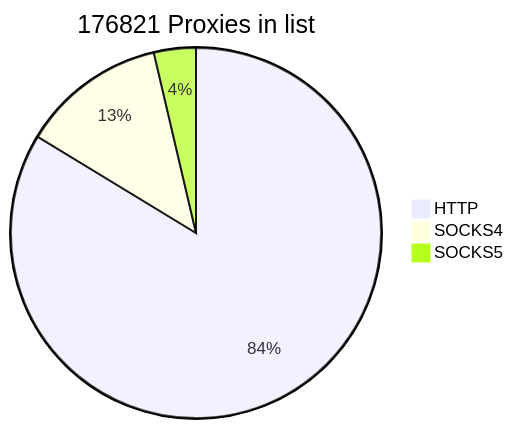
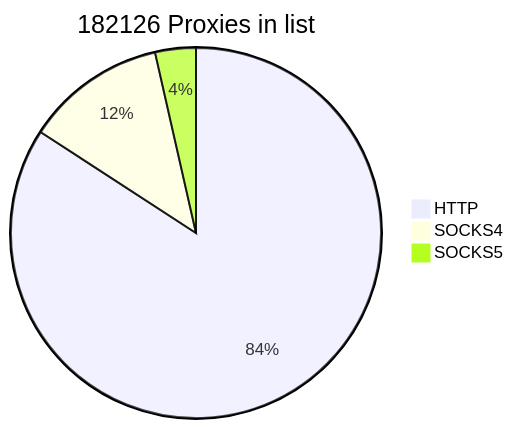
Before and after one commit to cutipu/proxylist: the first of 2 diagrams in README.md, drawn with Mermaid. The commit also changed other lines of this file, not shown here.

````diff
--- a/README.md
+++ b/README.md
@@ -2,7 +2,7 @@
 ```mermaid
-pie title 176821 Proxies in list
-    "HTTP" : 147985
+pie title 182126 Proxies in list
+    "HTTP" : 153291
     "SOCKS4" : 22364
-    "SOCKS5" : 6472
+    "SOCKS5" : 6471
             
 ```
````
